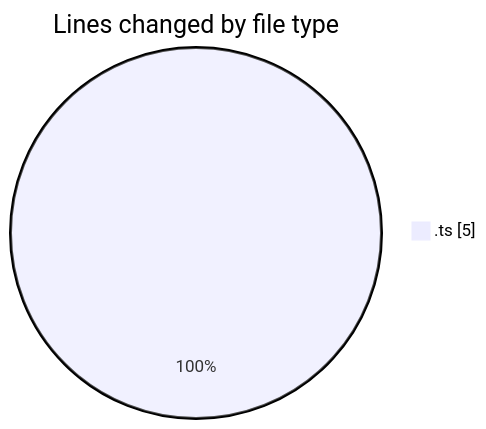
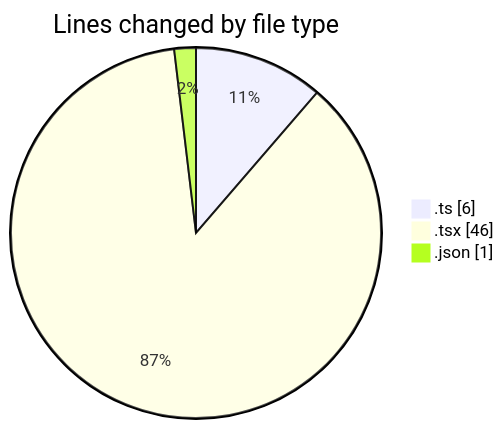
The first of 2 diagrams in 2025-02-27/area-formacao-web/README.md (robertbonfada/code-tracking), drawn with Mermaid before and after one commit. The commit also changed other lines of this file and 1 other file, not shown here.

````diff
--- a/2025-02-27/area-formacao-web/README.md
+++ b/2025-02-27/area-formacao-web/README.md
@@ -20,5 +22,7 @@
 ```mermaid
 pie showData
 title Lines changed by file type
-".ts" : 5
+".ts" : 6
+".tsx" : 46
+".json" : 1
 ```
````
